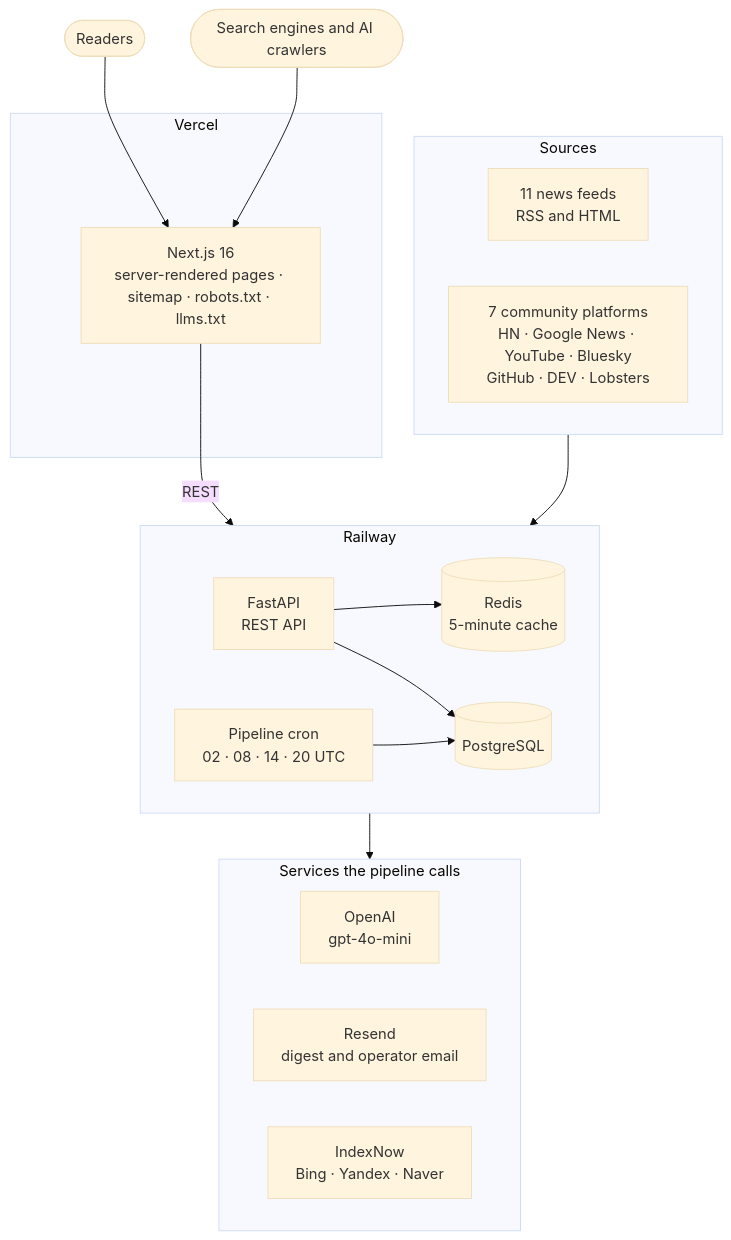
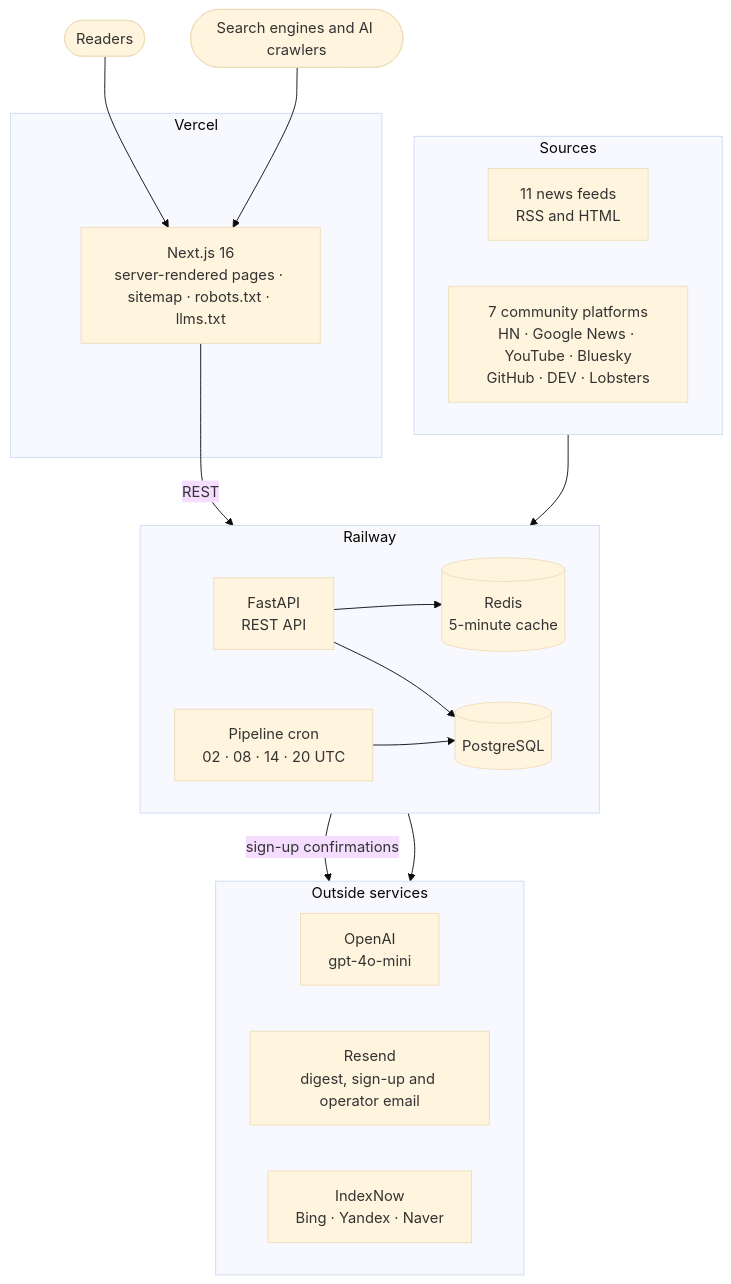
One commit to fanyang-888/Sipply-Artificial-Intelligence-news-aggregator changed the first of 3 diagrams in README.md. Above: the diagram before and after it, drawn with Mermaid (base theme). The commit also changed other lines of this file and 34 other files, not shown here.

````diff
--- a/README.md
+++ b/README.md
@@ -65,39 +65,40 @@
 ```mermaid
 flowchart TB
     READERS(["Readers"])
     BOTS(["Search engines and AI crawlers"])
 
     subgraph VC["Vercel"]
         WEB["Next.js 16<br/>server-rendered pages · sitemap · robots.txt · llms.txt"]
     end
 
     subgraph RW["Railway"]
         direction LR
         API["FastAPI<br/>REST API"]
         PG[("PostgreSQL")]
         REDIS[("Redis<br/>5-minute cache")]
         CRON["Pipeline cron<br/>02 · 08 · 14 · 20 UTC"]
         API --> REDIS
         API --> PG
         CRON --> PG
     end
 
-    subgraph OUT["Services the pipeline calls"]
+    subgraph OUT["Outside services"]
         direction LR
         OPENAI["OpenAI<br/>gpt-4o-mini"]
-        RESEND["Resend<br/>digest and operator email"]
+        RESEND["Resend<br/>digest, sign-up and operator email"]
         INDEXNOW["IndexNow<br/>Bing · Yandex · Naver"]
     end
 
     subgraph SRC["Sources"]
         direction LR
         NEWS["11 news feeds<br/>RSS and HTML"]
         COMM["7 community platforms<br/>HN · Google News · YouTube · Bluesky<br/>GitHub · DEV · Lobsters"]
     end
 
     READERS --> WEB
     BOTS --> WEB
     WEB -- "REST" --> API
     SRC --> CRON
     CRON --> OUT
+    API -- "sign-up confirmations" --> RESEND
 ```
````
